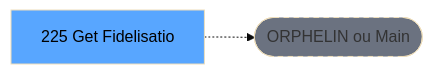
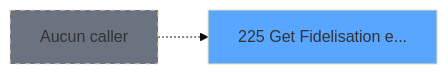
The second of 3 diagrams in .openspec/specs/ADH-IDE-225.md (thonyAGP/magic-migration), drawn with Mermaid (base theme) before and after one commit. The commit also changed other lines of this file and 493 other files, not shown here.

````diff
--- a/.openspec/specs/ADH-IDE-225.md
+++ b/.openspec/specs/ADH-IDE-225.md
@@ -122,8 +150,8 @@
 ```mermaid
 graph LR
-    T[225 Get Fidelisatio]
-    ORPHAN([ORPHELIN ou Main])
-    T -.-> ORPHAN
-    style T fill:#58a6ff,color:#000
-    style ORPHAN fill:#6b7280,stroke-dasharray: 5 5
+    T225[225 Get Fidelisation e...]
+    style T225 fill:#58a6ff
+    NONE[Aucun caller]
+    NONE -.-> T225
+    style NONE fill:#6b7280,stroke-dasharray: 5 5
 ```
````
